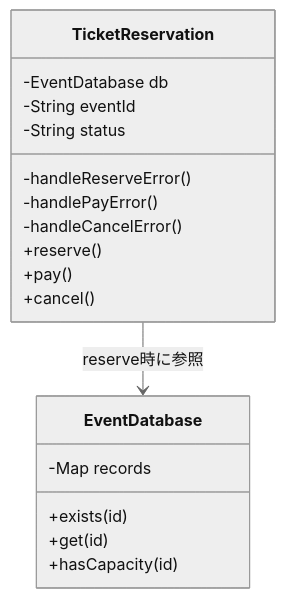
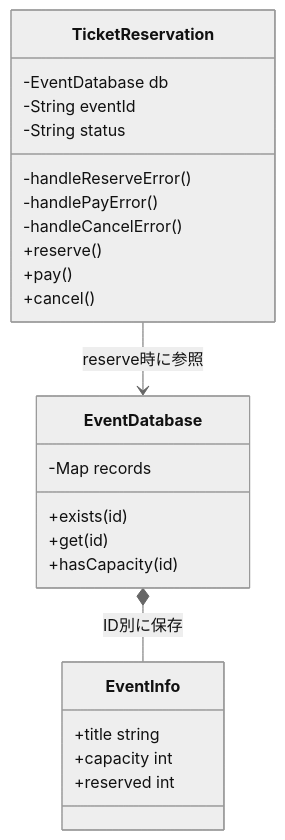
The fifth of 16 diagrams in kindle/design-patterns/output/chapter03.md (kumachan1101-pixel/DesignPattern), drawn with Mermaid (neutral theme) before and after one commit. The commit also changed other lines of this file and 14 other files, not shown here.

Commit message:
全章の仕様図と変更対象外基盤を整合

````diff
--- a/kindle/design-patterns/output/chapter03.md
+++ b/kindle/design-patterns/output/chapter03.md
@@ -183,22 +188,28 @@
 ```mermaid
 classDiagram
     class EventDatabase {
         -Map records
         +exists(id)
         +get(id)
         +hasCapacity(id)
+    }
+    class EventInfo {
+        +title string
+        +capacity int
+        +reserved int
     }
     class TicketReservation {
         -EventDatabase db
         -String eventId
         -String status
         -handleReserveError()
         -handlePayError()
         -handleCancelError()
         +reserve()
         +pay()
         +cancel()
     }
 
+    EventDatabase *-- EventInfo : ID別に保存
     TicketReservation --> EventDatabase : reserve時に参照
 ```
````
